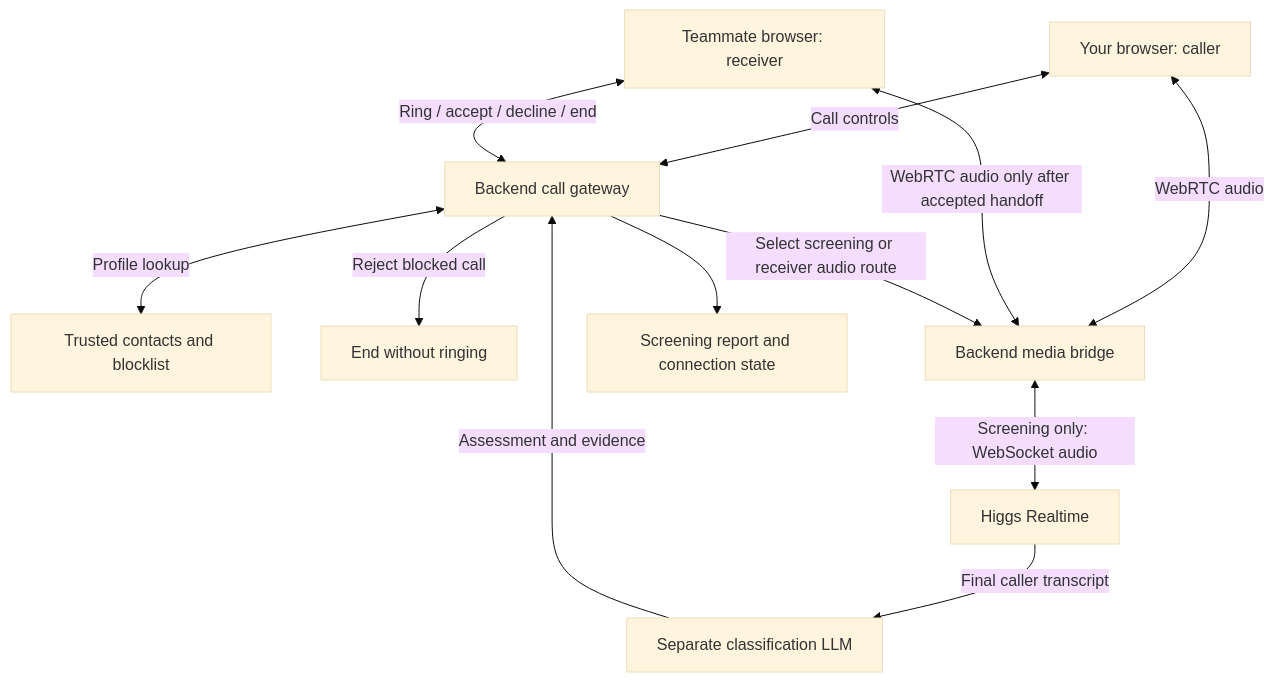
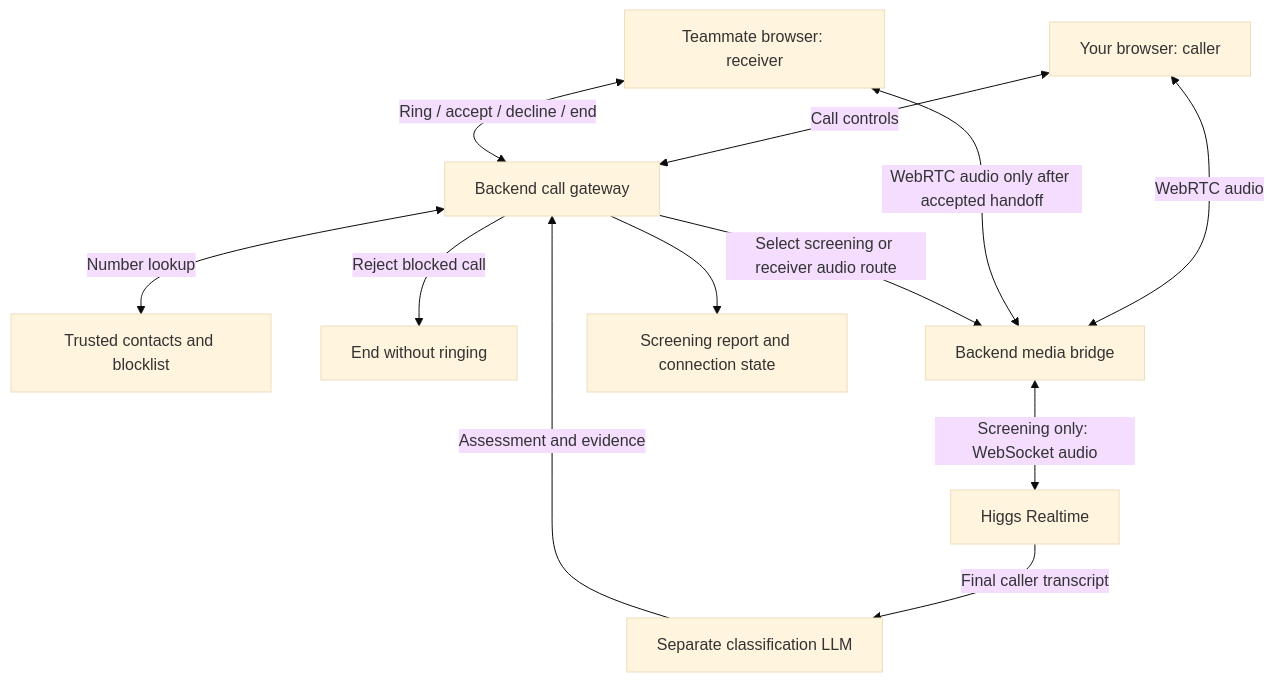
The diagram in README.md (AlexanderMenassa/BosonAI-Hackathon), drawn with Mermaid (base theme) before and after one commit. The commit also changed other lines of this file and 12 other files, not shown here.

````diff
--- a/README.md
+++ b/README.md
@@ -46,14 +46,14 @@
 ```mermaid
 flowchart TD
     Caller[Your browser: caller] <-->|Call controls| Gateway[Backend call gateway]
     Receiver[Teammate browser: receiver] <-->|Ring / accept / decline / end| Gateway
-    Gateway <-->|Profile lookup| Store[Trusted contacts and blocklist]
+    Gateway <-->|Number lookup| Store[Trusted contacts and blocklist]
     Gateway -->|Reject blocked call| End[End without ringing]
     Caller <-->|WebRTC audio| Bridge[Backend media bridge]
     Receiver <-->|WebRTC audio only after accepted handoff| Bridge
     Gateway -->|Select screening or receiver audio route| Bridge
     Bridge <-->|Screening only: WebSocket audio| Higgs[Higgs Realtime]
     Higgs -->|Final caller transcript| Classifier[Separate classification LLM]
     Classifier -->|Assessment and evidence| Gateway
     Gateway --> Dashboard[Screening report and connection state]
 ```
````
